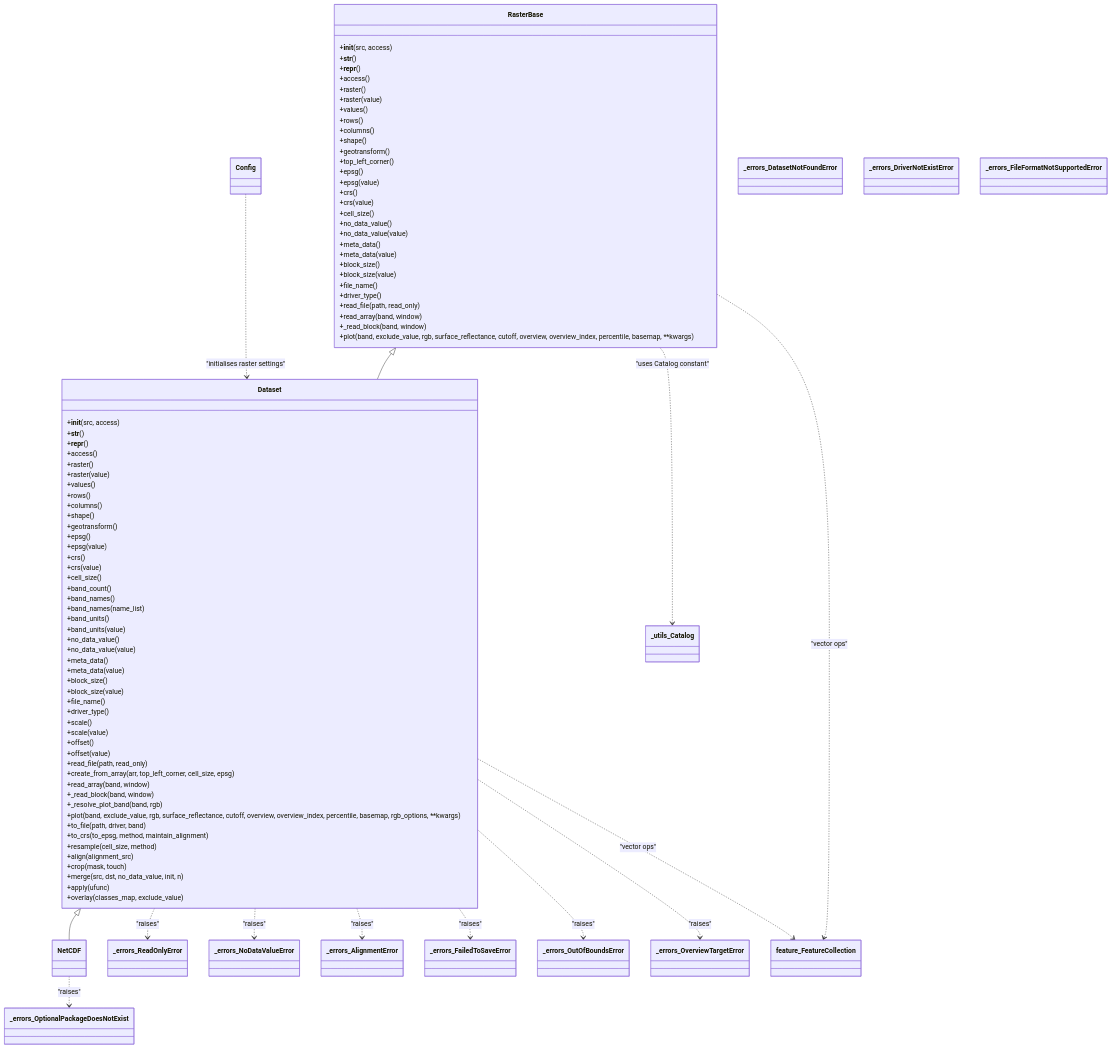
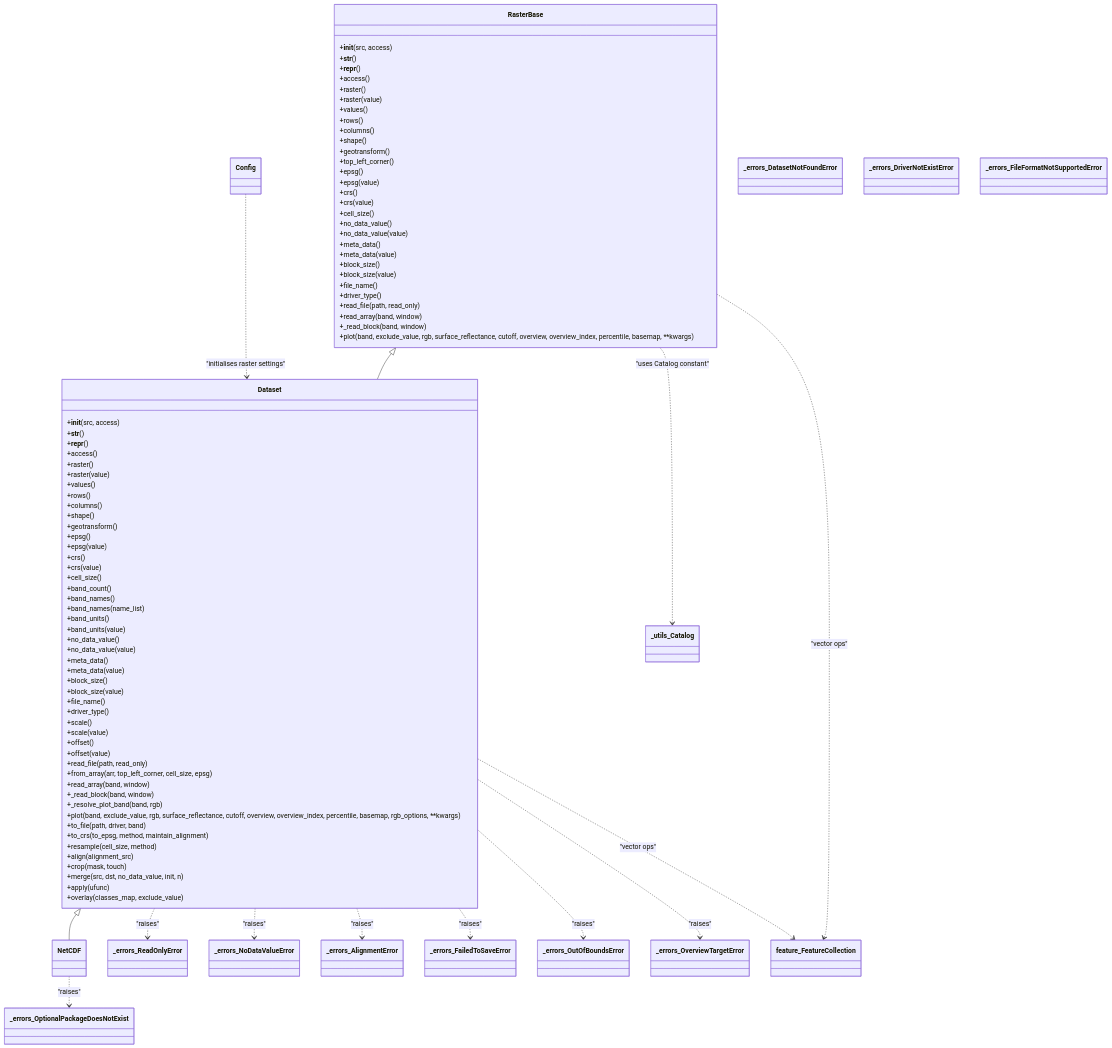
Before and after one commit to serapeum-org/pyramids: the third of 4 diagrams in docs/reference/dataset/index.md, drawn with Mermaid. The commit also changed other lines of this file and 225 other files, not shown here.

```diff
--- a/docs/reference/dataset/index.md
+++ b/docs/reference/dataset/index.md
@@ -112,7 +112,7 @@
         +offset()
         +offset(value)
         +read_file(path, read_only)
-        +create_from_array(arr, top_left_corner, cell_size, epsg)
+        +from_array(arr, top_left_corner, cell_size, epsg)
         +read_array(band, window)
         +_read_block(band, window)
         +_resolve_plot_band(band, rgb)
```
